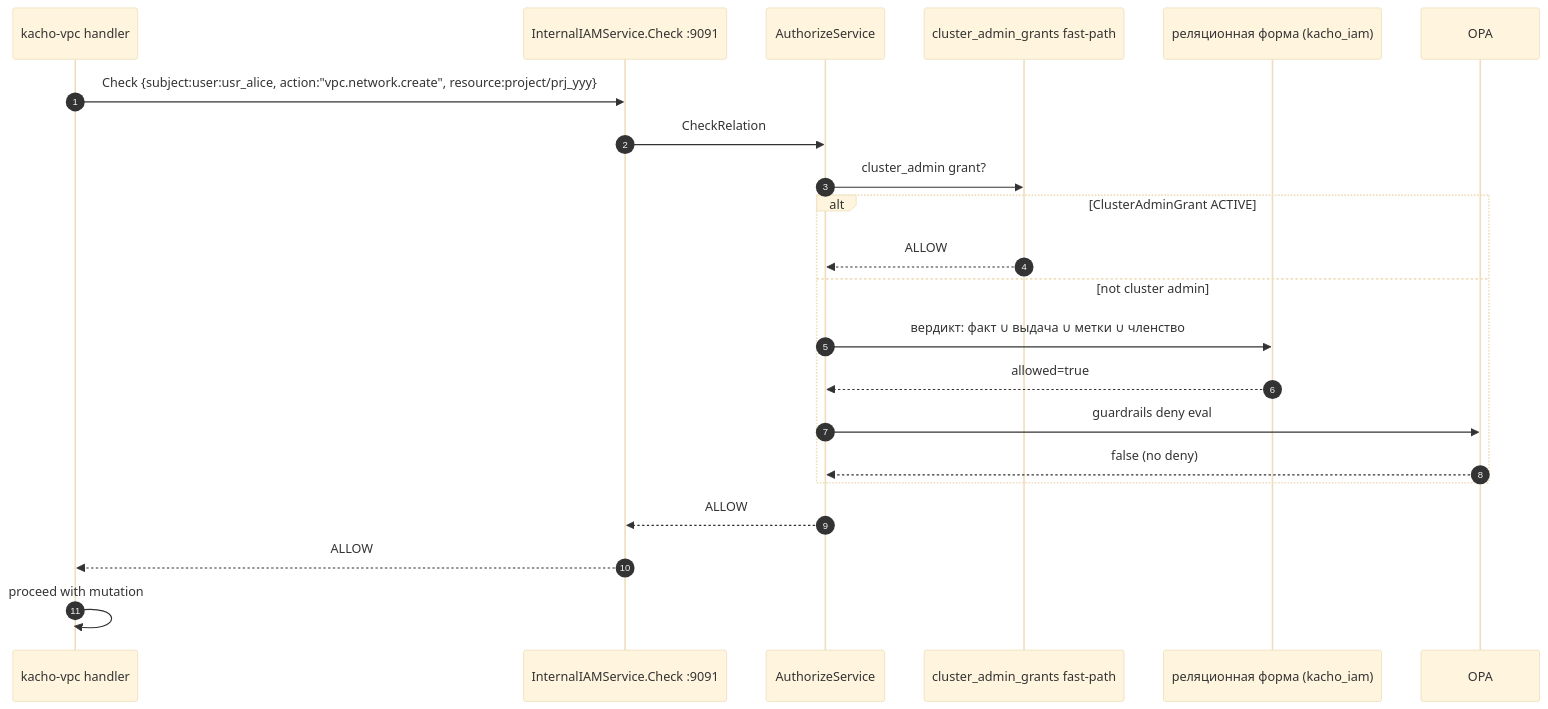
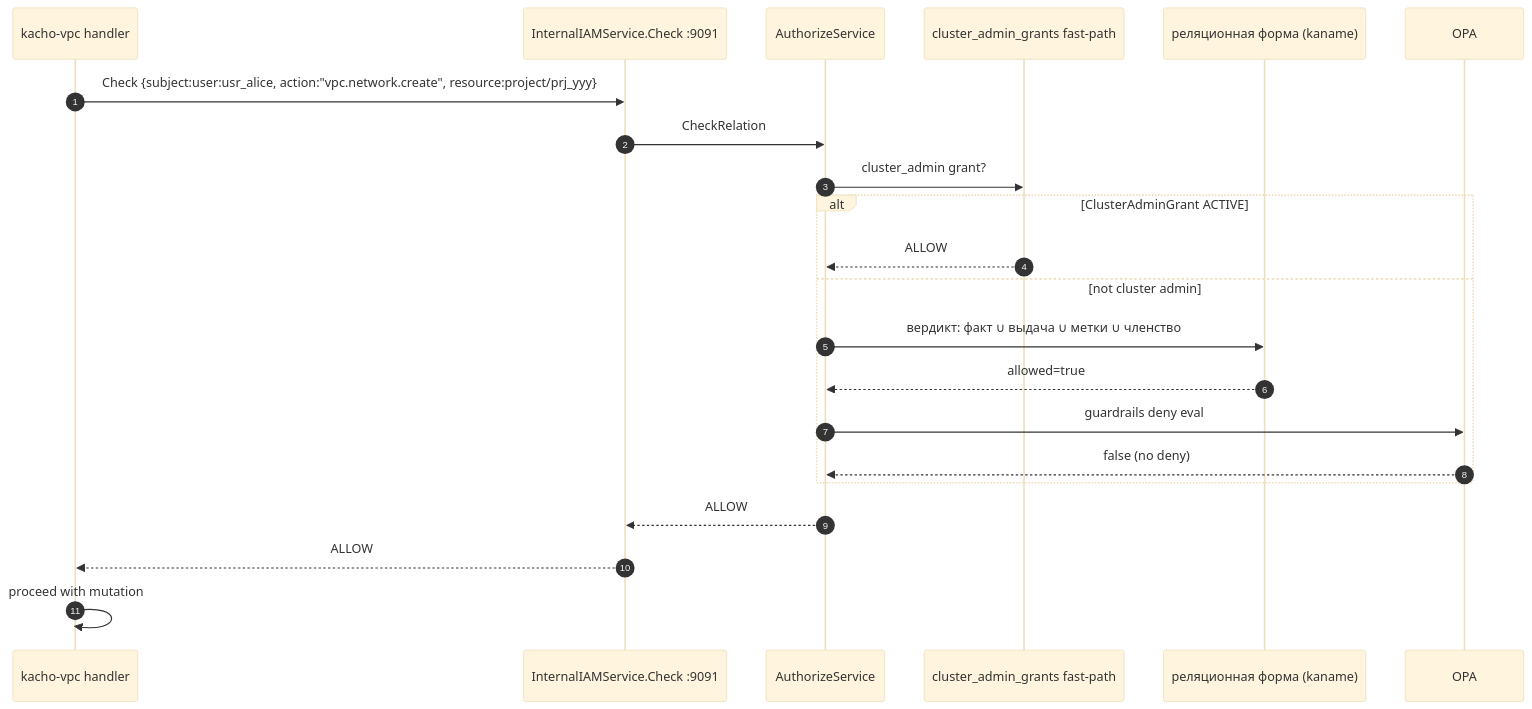
One commit to PRO-Robotech/kacho changed the second of 3 diagrams in services/iam/docs/engineering/components/21-internal-iam.md. Above: the diagram before and after it, drawn with Mermaid (base theme). The commit also changed other lines of this file and 5005 other files, not shown here.

````diff
--- a/services/iam/docs/engineering/components/21-internal-iam.md
+++ b/services/iam/docs/engineering/components/21-internal-iam.md
@@ -81,25 +81,25 @@
 ```mermaid
 sequenceDiagram
     autonumber
     participant VPC as kacho-vpc handler
     participant IAM as InternalIAMService.Check :9091
     participant Auth as AuthorizeService
     participant Cascade as cluster_admin_grants fast-path
-    participant Form as реляционная форма (kacho_iam)
+    participant Form as реляционная форма (kaname)
     participant OPA
 
     VPC->>IAM: Check {subject:user:usr_alice, action:"vpc.network.create", resource:project/prj_yyy}
     IAM->>Auth: CheckRelation
     Auth->>Cascade: cluster_admin grant?
     alt ClusterAdminGrant ACTIVE
         Cascade-->>Auth: ALLOW
     else not cluster admin
         Auth->>Form: вердикт: факт ∪ выдача ∪ метки ∪ членство
         Form-->>Auth: allowed=true
         Auth->>OPA: guardrails deny eval
         OPA-->>Auth: false (no deny)
     end
     Auth-->>IAM: ALLOW
     IAM-->>VPC: ALLOW
     VPC->>VPC: proceed with mutation
 ```
````
